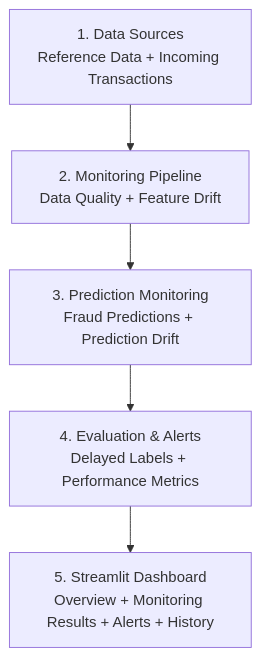
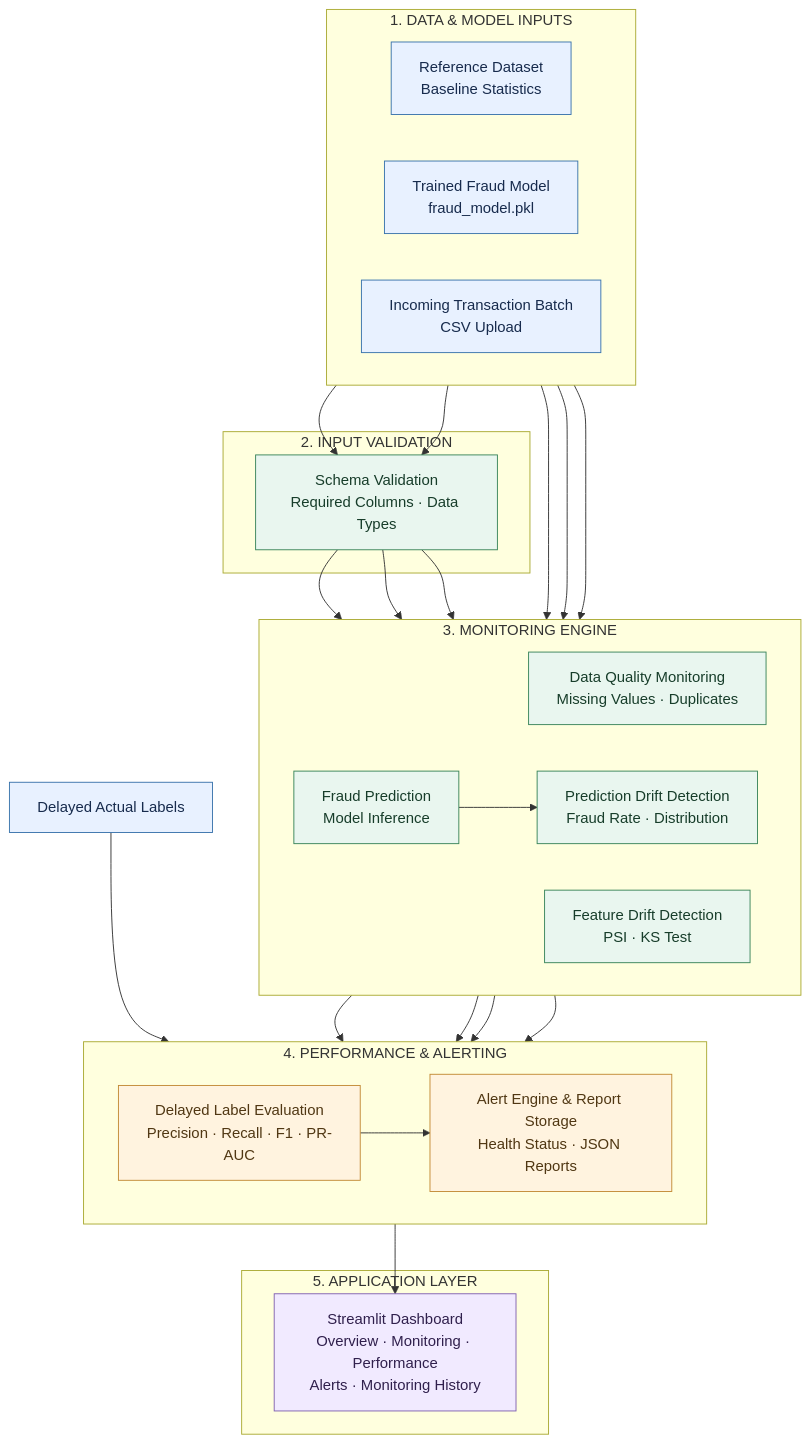
One commit to Joyslin-2006/DriftWatch changed the diagram in README.md. Above: the diagram before and after it, drawn with Mermaid. The commit also changed other lines of this file, not shown here.

Commit message:
Revise README for improved clarity and structure
Updated the README.md to enhance project overview, architecture, and usage instructions.

````diff
--- a/README.md
+++ b/README.md
@@ -26,13 +32,63 @@
 ```mermaid
-flowchart TD
-    A["1. Data Sources<br/>Reference Data + Incoming Transactions"]
-    B["2. Monitoring Pipeline<br/>Data Quality + Feature Drift"]
-    C["3. Prediction Monitoring<br/>Fraud Predictions + Prediction Drift"]
-    D["4. Evaluation & Alerts<br/>Delayed Labels + Performance Metrics"]
-    E["5. Streamlit Dashboard<br/>Overview + Monitoring Results + Alerts + History"]
+flowchart TB
 
-    A --> B
-    B --> C
+    subgraph INPUT["1. DATA & MODEL INPUTS"]
+        direction LR
+        A["Reference Dataset<br/>Baseline Statistics"]
+        B["Trained Fraud Model<br/>fraud_model.pkl"]
+        C["Incoming Transaction Batch<br/>CSV Upload"]
+    end
+
+    subgraph PREP["2. INPUT VALIDATION"]
+        D["Schema Validation<br/>Required Columns · Data Types"]
+    end
+
+    subgraph MONITOR["3. MONITORING ENGINE"]
+        direction LR
+        E["Data Quality Monitoring<br/>Missing Values · Duplicates"]
+        F["Feature Drift Detection<br/>PSI · KS Test"]
+        G["Fraud Prediction<br/>Model Inference"]
+        H["Prediction Drift Detection<br/>Fraud Rate · Distribution"]
+    end
+
+    subgraph EVALUATION["4. PERFORMANCE & ALERTING"]
+        direction LR
+        I["Delayed Label Evaluation<br/>Precision · Recall · F1 · PR-AUC"]
+        J["Alert Engine & Report Storage<br/>Health Status · JSON Reports"]
+    end
+
+    subgraph PRESENTATION["5. APPLICATION LAYER"]
+        K["Streamlit Dashboard<br/>Overview · Monitoring · Performance<br/>Alerts · Monitoring History"]
+    end
+
+    A --> D
     C --> D
     D --> E
+    D --> F
+    D --> G
+
+    A --> F
+    B --> G
+    A --> H
+    G --> H
+
+    G --> I
+    L["Delayed Actual Labels"] --> I
+
+    E --> J
+    F --> J
+    H --> J
+    I --> J
+
+    J --> K
+
+    classDef input fill:#e8f1ff,stroke:#3973ac,color:#172b4d
+    classDef process fill:#e9f6ef,stroke:#39845a,color:#173d2a
+    classDef evaluation fill:#fff3df,stroke:#c28a35,color:#503713
+    classDef output fill:#f1eaff,stroke:#8061b0,color:#30204d
+
+    class A,B,C,L input
+    class D,E,F,G,H process
+    class I,J evaluation
+    class K output
 ```
````
